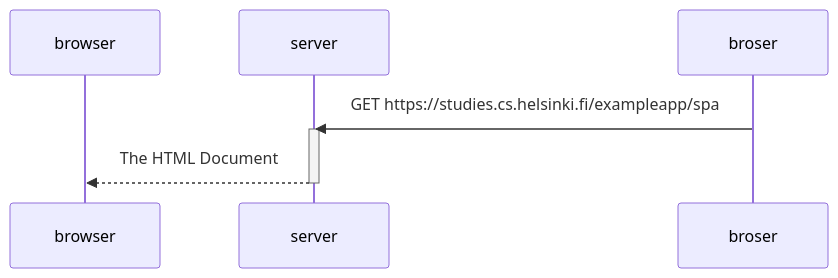
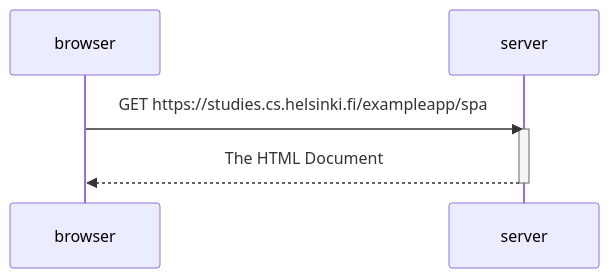
One commit to Locke555/FullStackOpen-exercices changed the diagram in Part 0/05.md. Above: the diagram before and after it, drawn with Mermaid.

Commit message:
Pequeño error corregido

````diff
--- a/Part 0/05.md
+++ b/Part 0/05.md
@@ -1,10 +1,10 @@
 ```mermaid
 sequenceDiagram
     participant browser
     participant server
 
-    broser->>server: GET https://studies.cs.helsinki.fi/exampleapp/spa
+    browser->>server: GET https://studies.cs.helsinki.fi/exampleapp/spa
     activate server
     server-->>browser: The HTML Document
     deactivate server
 ```
````
